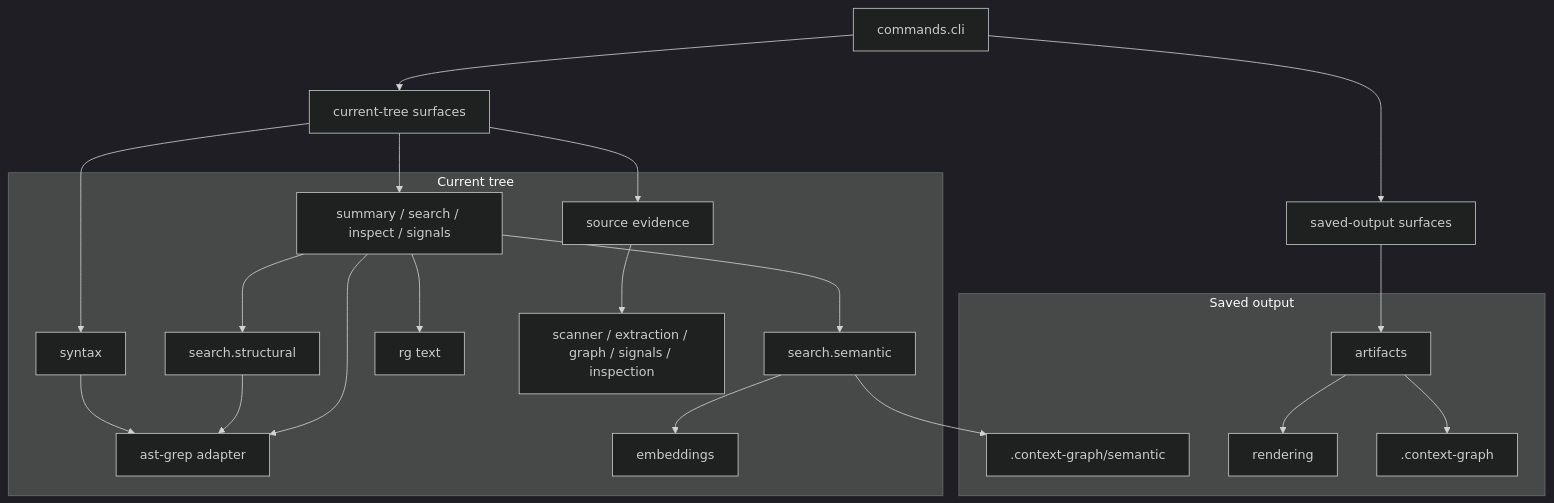
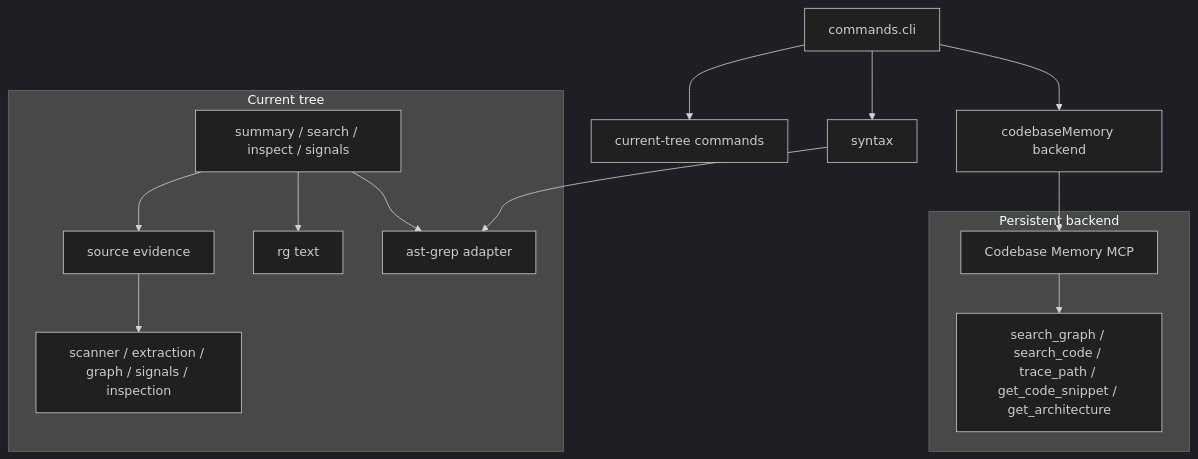
The second of 2 diagrams in README.md (teron131/codemap), drawn with Mermaid (dark theme) before and after one commit. The commit also changed other lines of this file and 37 other files, not shown here.

Commit message:
Remove persistent artifact and semantic-index storage

````diff
--- a/README.md
+++ b/README.md
@@ -132,43 +64,29 @@
 ```mermaid
 flowchart TD
-    CLI["commands.cli"] --> Current["current-tree surfaces"]
-    CLI --> Saved["saved-output surfaces"]
+    CLI["commands.cli"] --> Current["current-tree commands"]
+    CLI --> Backend["codebaseMemory backend"]
+    CLI --> Syntax[syntax]
 
     subgraph CurrentLane["Current tree"]
         SearchInspect["summary / search / inspect / signals"]
-        SearchStructural["search.structural"]
-        SearchSemantic["search.semantic"]
-        Syntax[syntax]
         Source["source evidence"]
         Rg["rg text"]
         AstGrep["ast-grep adapter"]
-        Embeddings[embeddings]
         SourceParts["scanner / extraction / graph / signals / inspection"]
 
         SearchInspect --> Rg
         SearchInspect --> AstGrep
-        SearchInspect --> SearchStructural
-        SearchInspect --> SearchSemantic
-        SearchStructural --> AstGrep
-        SearchSemantic --> Embeddings
-        Syntax --> AstGrep
+        SearchInspect --> Source
         Source --> SourceParts
     end
 
-    Current --> SearchInspect
-    Current --> Syntax
-    Current --> Source
+    subgraph BackendLane["Persistent backend"]
+        CBM["Codebase Memory MCP"]
+        GraphTools["search_graph / search_code / trace_path / get_code_snippet / get_architecture"]
 
-    subgraph SavedLane["Saved output"]
-        Artifacts[artifacts]
-        Semantic[".context-graph/semantic"]
-        Rendering[rendering]
-        ContextGraph[".context-graph"]
-
-        Artifacts --> Rendering
-        Artifacts --> ContextGraph
+        CBM --> GraphTools
     end
 
-    Saved --> Artifacts
-    SearchSemantic --> Semantic
+    Backend --> CBM
+    Syntax --> AstGrep
 ```
````
